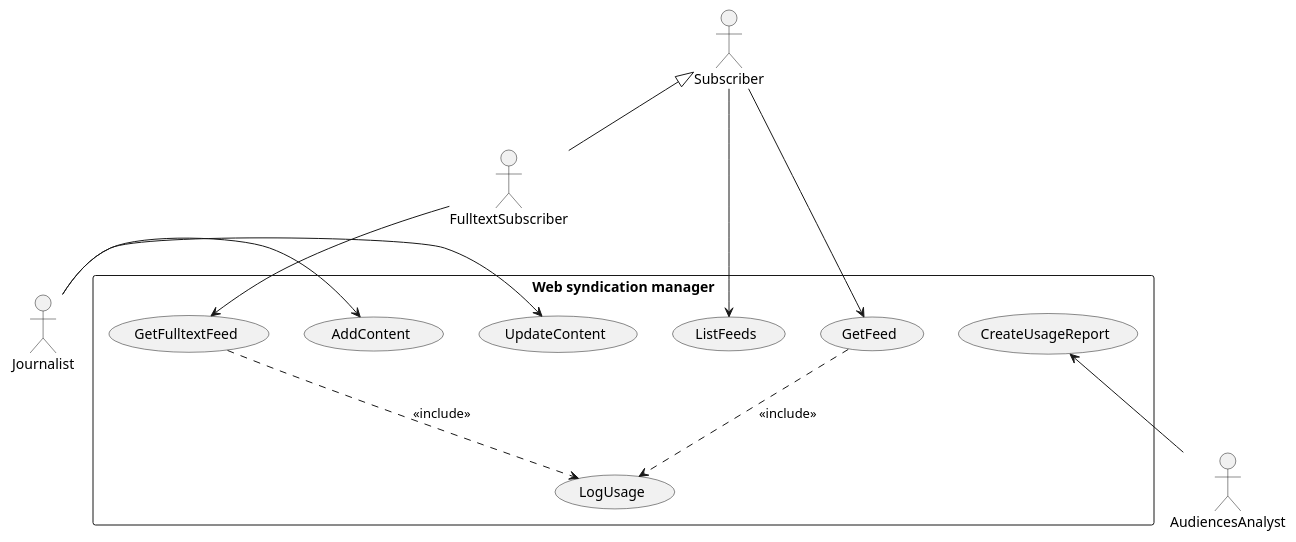
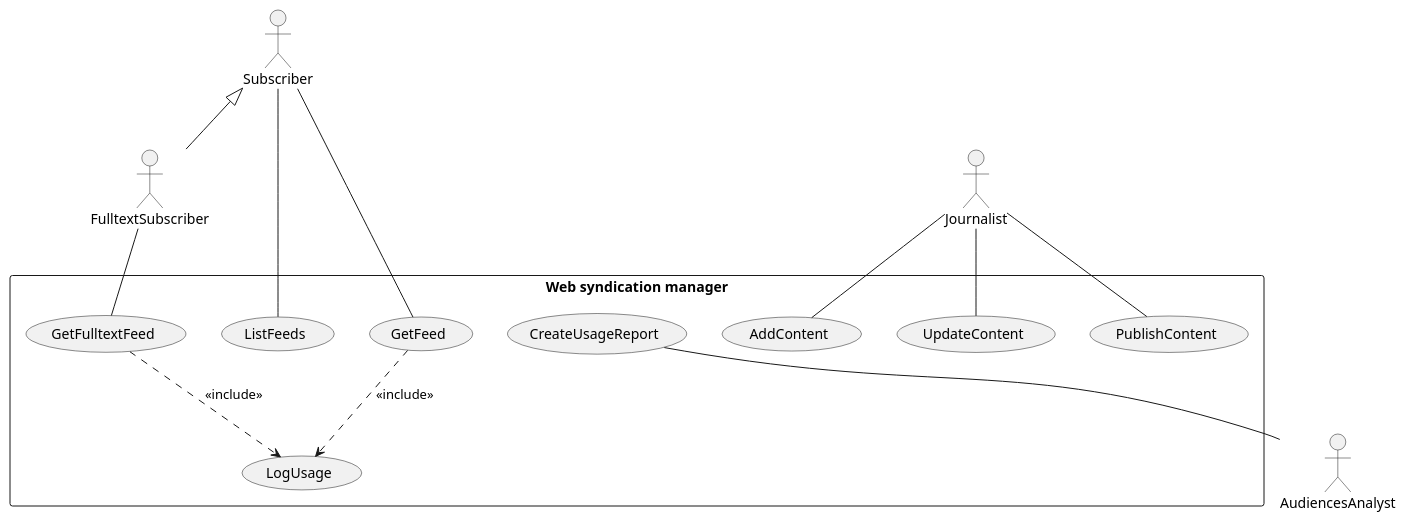
One commit to jamesdonoh/systemsdesign changed the diagram in usecases.pu. Above: the diagram before and after it, drawn with PlantUML.

Commit message:
Update use cases

```diff
--- a/usecases.pu
+++ b/usecases.pu
@@ -1,26 +1,27 @@
 @startuml
 
 skinparam monochrome true
 
 actor Subscriber
 actor FulltextSubscriber
 actor Journalist
 actor AudiencesAnalyst
 
 rectangle "Web syndication manager" {
   Subscriber <|-- FulltextSubscriber
-  Subscriber --> (ListFeeds)
-  Subscriber --> (GetFeed)
+  Subscriber -- (ListFeeds)
+  Subscriber -- (GetFeed)
 
-  FulltextSubscriber --> (GetFulltextFeed)
+  FulltextSubscriber -- (GetFulltextFeed)
 
-  Journalist -> (AddContent)
-  Journalist -> (UpdateContent)
+  Journalist -- (AddContent)
+  Journalist -- (UpdateContent)
+  Journalist -- (PublishContent)
 
-  (CreateUsageReport) <-- AudiencesAnalyst
+  (CreateUsageReport) -- AudiencesAnalyst
 
   (GetFeed) ..> (LogUsage): <<include>>
   (GetFulltextFeed) ..> (LogUsage): <<include>>
 }
 
 @enduml
```
